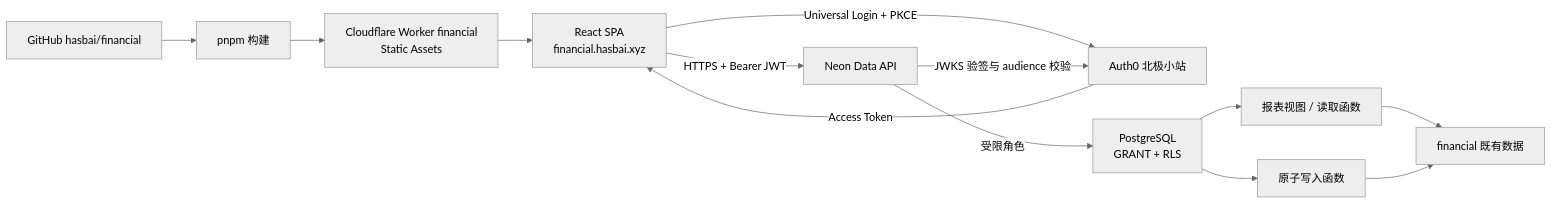
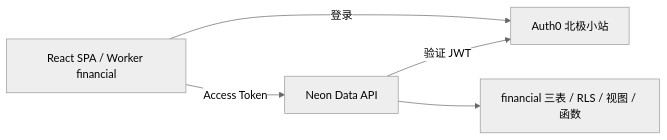
One commit to hasbai/financial changed the diagram in docs/ARCHITECTURE.md. Above: the diagram before and after it, drawn with Mermaid (neutral theme). The commit also changed other lines of this file and 39 other files, not shown here.

Commit message:
feat: ship personal financial SPA with original three-table model

````diff
--- a/docs/ARCHITECTURE.md
+++ b/docs/ARCHITECTURE.md
@@ -9,15 +5,7 @@
 ```mermaid
 flowchart LR
-  GH[GitHub hasbai/financial] --> BUILD[pnpm 构建]
-  BUILD --> CF[Cloudflare Worker financial\nStatic Assets]
-  CF --> SPA[React SPA\nfinancial.hasbai.xyz]
-  SPA -->|Universal Login + PKCE| AUTH[Auth0 北极小站]
-  AUTH -->|Access Token| SPA
-  SPA -->|HTTPS + Bearer JWT| API[Neon Data API]
-  API -->|JWKS 验签与 audience 校验| AUTH
-  API -->|受限角色| DB[PostgreSQL\nGRANT + RLS]
-  DB --> READ[报表视图 / 读取函数]
-  DB --> WRITE[原子写入函数]
-  READ --> TABLES[financial 既有数据]
-  WRITE --> TABLES
+ SPA[React SPA / Worker financial] -->|登录| AUTH[Auth0 北极小站]
+ SPA -->|Access Token| API[Neon Data API]
+ API -->|验证 JWT| AUTH
+ API --> DB[financial 三表 / RLS / 视图 / 函数]
 ```
````
